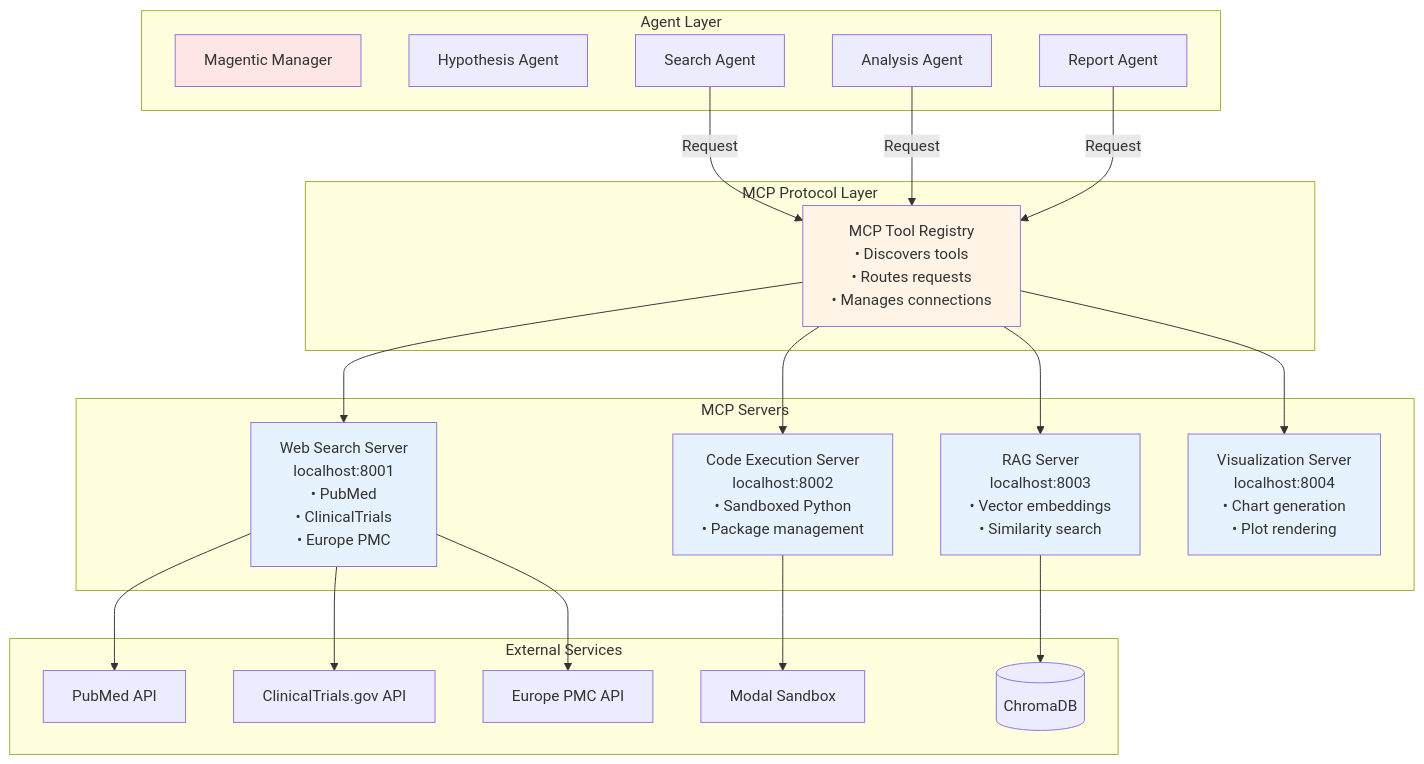
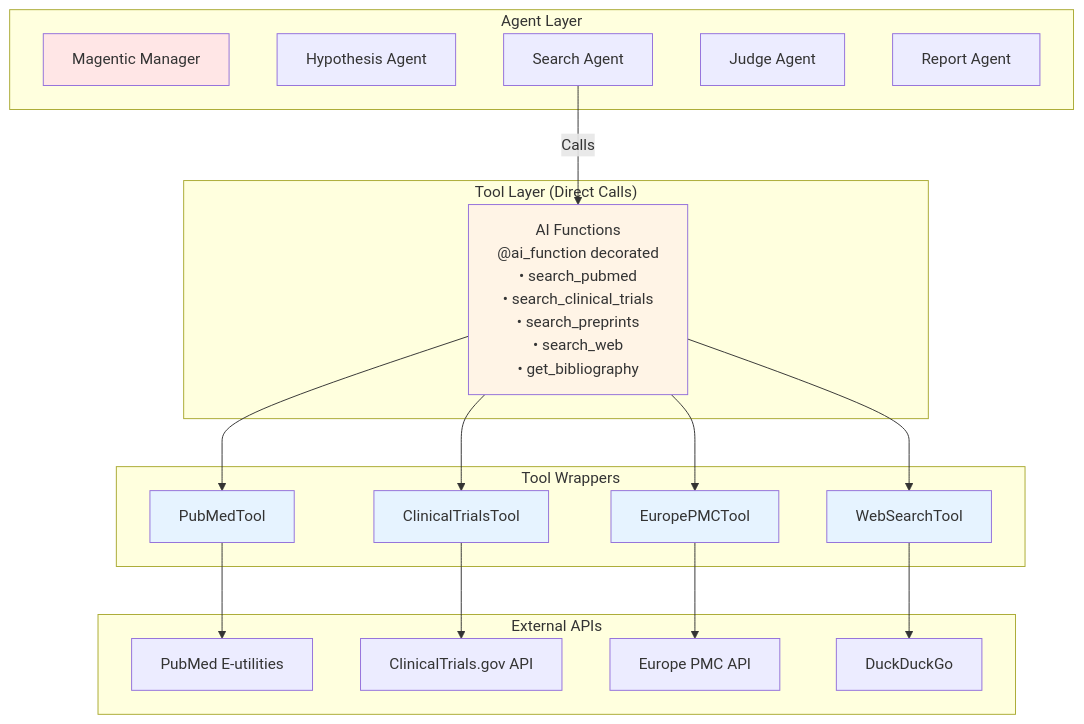
Before and after one commit to The-Obstacle-Is-The-Way/DeepBoner: diagram 11 of 15 in docs/architecture/workflow-diagrams.md, drawn with Mermaid. The commit also changed other lines of this file and 5 other files, not shown here.

First line of the commit message:
docs: Remove outdated architecture and guide documents

````diff
--- a/docs/architecture/workflow-diagrams.md
+++ b/docs/architecture/workflow-diagrams.md
@@ -376,51 +392,46 @@
 ```mermaid
 graph TB
     subgraph "Agent Layer"
         Manager[Magentic Manager]
         HypAgent[Hypothesis Agent]
         SearchAgent[Search Agent]
-        AnalysisAgent[Analysis Agent]
+        JudgeAgent[Judge Agent]
         ReportAgent[Report Agent]
     end
 
-    subgraph "MCP Protocol Layer"
-        Registry[MCP Tool Registry<br/>• Discovers tools<br/>• Routes requests<br/>• Manages connections]
+    subgraph "Tool Layer (Direct Calls)"
+        Tools[AI Functions<br/>@ai_function decorated<br/>• search_pubmed<br/>• search_clinical_trials<br/>• search_preprints<br/>• search_web<br/>• get_bibliography]
     end
 
-    subgraph "MCP Servers"
-        Server1[Web Search Server<br/>localhost:8001<br/>• PubMed<br/>• ClinicalTrials<br/>• Europe PMC]
-        Server2[Code Execution Server<br/>localhost:8002<br/>• Sandboxed Python<br/>• Package management]
-        Server3[RAG Server<br/>localhost:8003<br/>• Vector embeddings<br/>• Similarity search]
-        Server4[Visualization Server<br/>localhost:8004<br/>• Chart generation<br/>• Plot rendering]
+    subgraph "Tool Wrappers"
+        PubMedTool[PubMedTool]
+        TrialsTool[ClinicalTrialsTool]
+        EuropePMCTool[EuropePMCTool]
+        WebSearchTool[WebSearchTool]
     end
 
-    subgraph "External Services"
-        PubMed[PubMed API]
+    subgraph "External APIs"
+        PubMed[PubMed E-utilities]
         Trials[ClinicalTrials.gov API]
         EuropePMC[Europe PMC API]
-        Modal[Modal Sandbox]
-        ChromaDB[(ChromaDB)]
+        DDG[DuckDuckGo]
     end
 
-    SearchAgent -->|Request| Registry
-    AnalysisAgent -->|Request| Registry
-    ReportAgent -->|Request| Registry
+    SearchAgent -->|Calls| Tools
+    Tools --> PubMedTool
+    Tools --> TrialsTool
+    Tools --> EuropePMCTool
+    Tools --> WebSearchTool
 
-    Registry --> Server1
-    Registry --> Server2
-    Registry --> Server3
-    Registry --> Server4
-
-    Server1 --> PubMed
-    Server1 --> Trials
-    Server1 --> EuropePMC
-    Server2 --> Modal
-    Server3 --> ChromaDB
+    PubMedTool --> PubMed
+    TrialsTool --> Trials
+    EuropePMCTool --> EuropePMC
+    WebSearchTool --> DDG
 
     style Manager fill:#ffe6e6
-    style Registry fill:#fff4e6
-    style Server1 fill:#e6f3ff
-    style Server2 fill:#e6f3ff
-    style Server3 fill:#e6f3ff
-    style Server4 fill:#e6f3ff
+    style Tools fill:#fff4e6
+    style PubMedTool fill:#e6f3ff
+    style TrialsTool fill:#e6f3ff
+    style EuropePMCTool fill:#e6f3ff
+    style WebSearchTool fill:#e6f3ff
 ```
````
